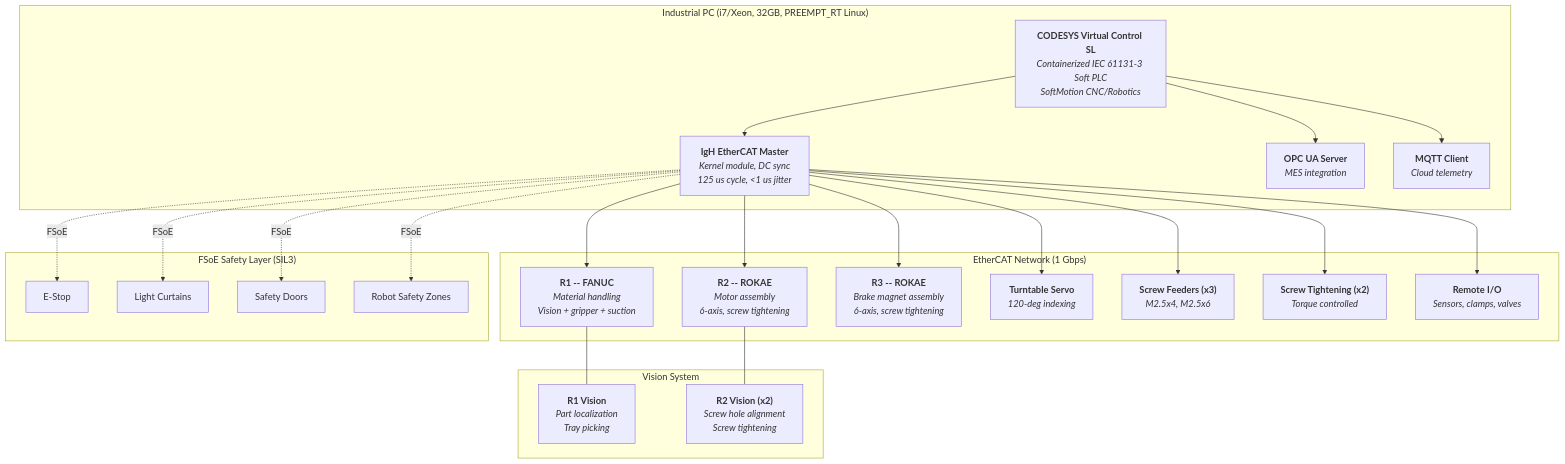
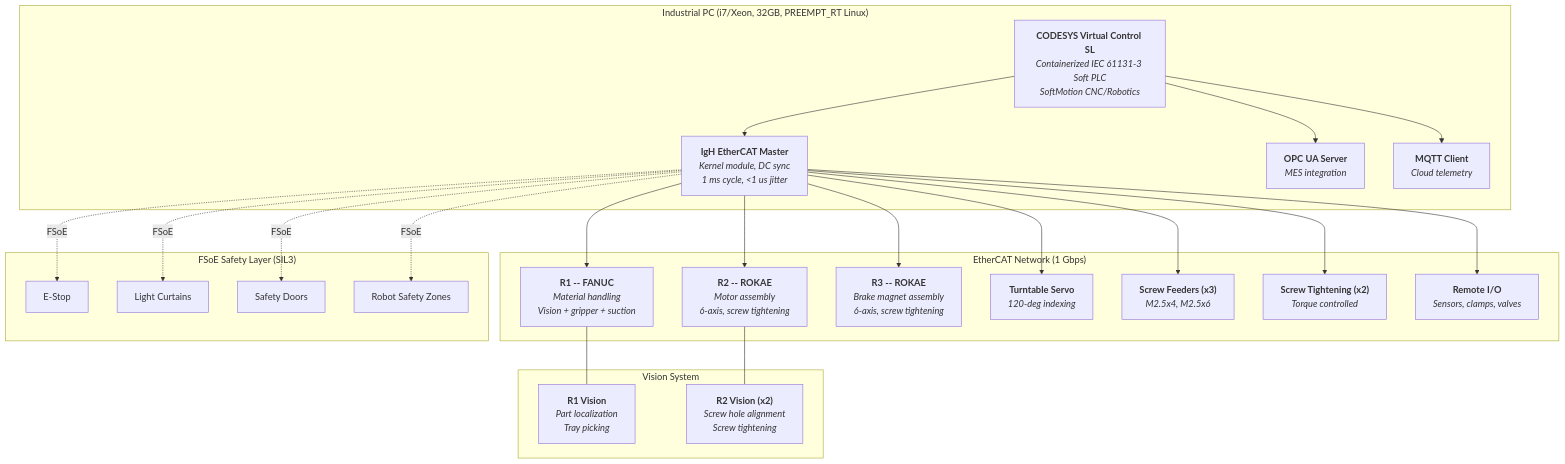
The first of 2 diagrams in README.md (Rongxuan-Zhou/multi-robot-assembly-cell), drawn with Mermaid before and after one commit. The commit also changed other lines of this file and 8 other files, not shown here.

````diff
--- a/README.md
+++ b/README.md
@@ -94,48 +94,48 @@
 ```mermaid
 flowchart TB
     subgraph IPC["Industrial PC (i7/Xeon, 32GB, PREEMPT_RT Linux)"]
         CODESYS["<b>CODESYS Virtual Control SL</b><br/><i>Containerized IEC 61131-3 Soft PLC</i><br/><i>SoftMotion CNC/Robotics</i>"]
-        IGH["<b>IgH EtherCAT Master</b><br/><i>Kernel module, DC sync</i><br/><i>125 us cycle, &lt;1 us jitter</i>"]
+        IGH["<b>IgH EtherCAT Master</b><br/><i>Kernel module, DC sync</i><br/><i>1 ms cycle, &lt;1 us jitter</i>"]
         OPCUA["<b>OPC UA Server</b><br/><i>MES integration</i>"]
         MQTT["<b>MQTT Client</b><br/><i>Cloud telemetry</i>"]
     end
 
     subgraph ECAT["EtherCAT Network (1 Gbps)"]
         R1["<b>R1 -- FANUC</b><br/><i>Material handling</i><br/><i>Vision + gripper + suction</i>"]
         R2["<b>R2 -- ROKAE</b><br/><i>Motor assembly</i><br/><i>6-axis, screw tightening</i>"]
         R3["<b>R3 -- ROKAE</b><br/><i>Brake magnet assembly</i><br/><i>6-axis, screw tightening</i>"]
         TT["<b>Turntable Servo</b><br/><i>120-deg indexing</i>"]
         SF["<b>Screw Feeders (x3)</b><br/><i>M2.5x4, M2.5x6</i>"]
         ST["<b>Screw Tightening (x2)</b><br/><i>Torque controlled</i>"]
         RIO["<b>Remote I/O</b><br/><i>Sensors, clamps, valves</i>"]
     end
 
     subgraph SAFETY["FSoE Safety Layer (SIL3)"]
         ESTOP["E-Stop"]
         LC["Light Curtains"]
         SD["Safety Doors"]
         SZ["Robot Safety Zones"]
     end
 
     subgraph VISION["Vision System"]
         V1["<b>R1 Vision</b><br/><i>Part localization</i><br/><i>Tray picking</i>"]
         V2["<b>R2 Vision (x2)</b><br/><i>Screw hole alignment</i><br/><i>Screw tightening</i>"]
     end
 
     CODESYS --> IGH
     IGH --> R1
     IGH --> R2
     IGH --> R3
     IGH --> TT
     IGH --> SF
     IGH --> ST
     IGH --> RIO
     IGH -. "FSoE" .-> ESTOP
     IGH -. "FSoE" .-> LC
     IGH -. "FSoE" .-> SD
     IGH -. "FSoE" .-> SZ
     R1 --- V1
     R2 --- V2
     CODESYS --> OPCUA
     CODESYS --> MQTT
 ```
````
